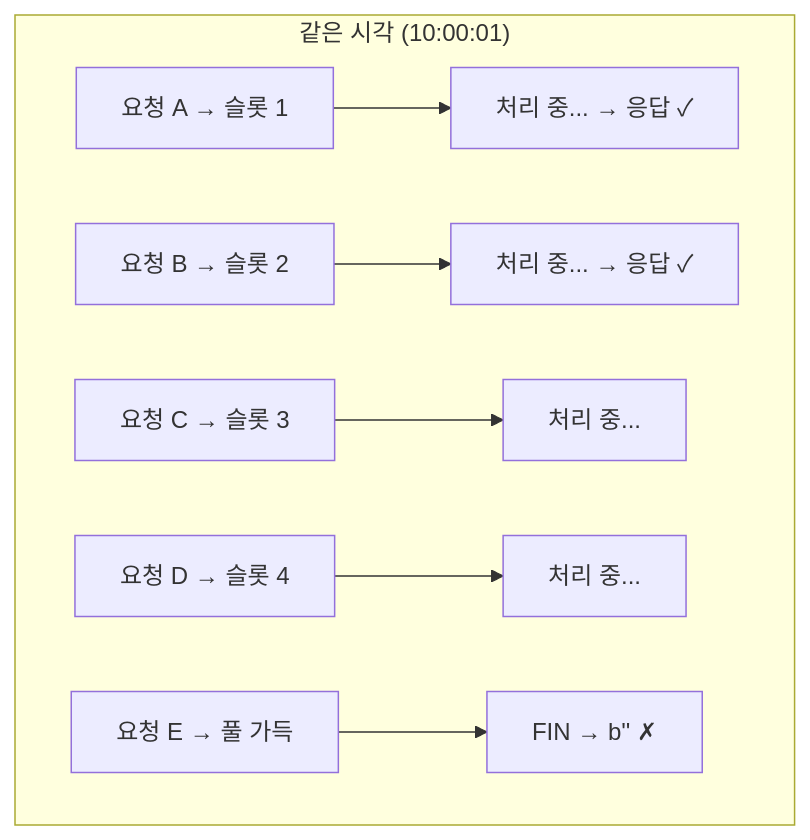
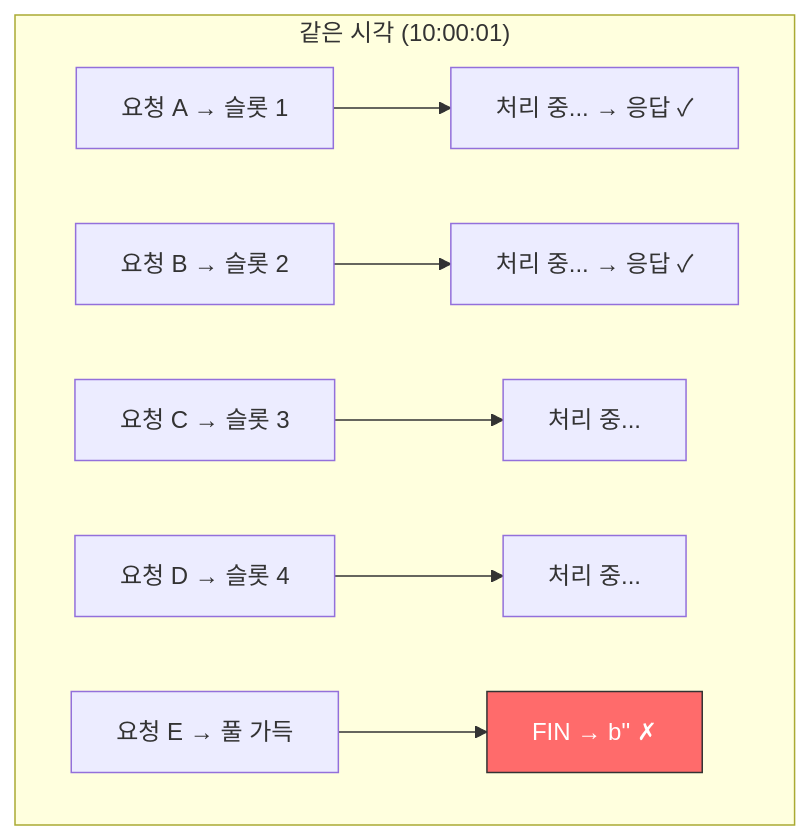
The fifth of 6 diagrams in _posts/2025-10-22-python-소켓-recv-디버깅-빈-바이트-헤더의-원인-분석.md (Gyubster/til), drawn with Mermaid before and after one commit. The commit also changed other lines of this file and 11 other files, not shown here.

````diff
--- a/_posts/2025-10-22-python-소켓-recv-디버깅-빈-바이트-헤더의-원인-분석.md
+++ b/_posts/2025-10-22-python-소켓-recv-디버깅-빈-바이트-헤더의-원인-분석.md
@@ -147,10 +149,11 @@
 ```mermaid
 flowchart TD
     subgraph time["같은 시각 (10:00:01)"]
         A["요청 A → 슬롯 1"] --> A1["처리 중... → 응답 ✓"]
         B["요청 B → 슬롯 2"] --> B1["처리 중... → 응답 ✓"]
         C["요청 C → 슬롯 3"] --> C1["처리 중..."]
         D["요청 D → 슬롯 4"] --> D1["처리 중..."]
         E["요청 E → 풀 가득"] --> E1["FIN → b'' ✗"]
     end
+    style E1 fill:#ff6b6b,stroke:#333,color:#fff
 ```
````
